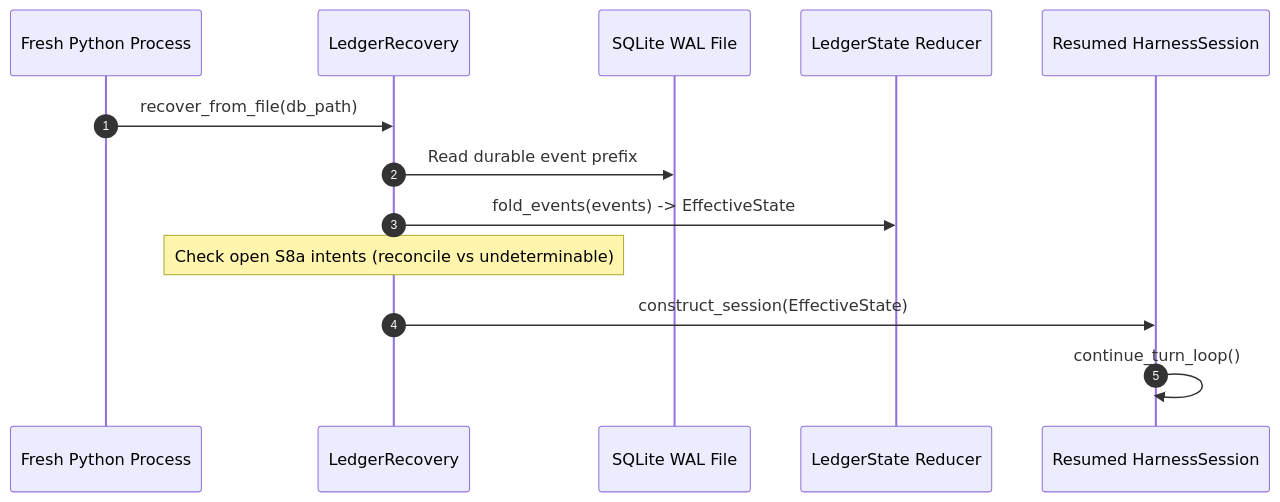
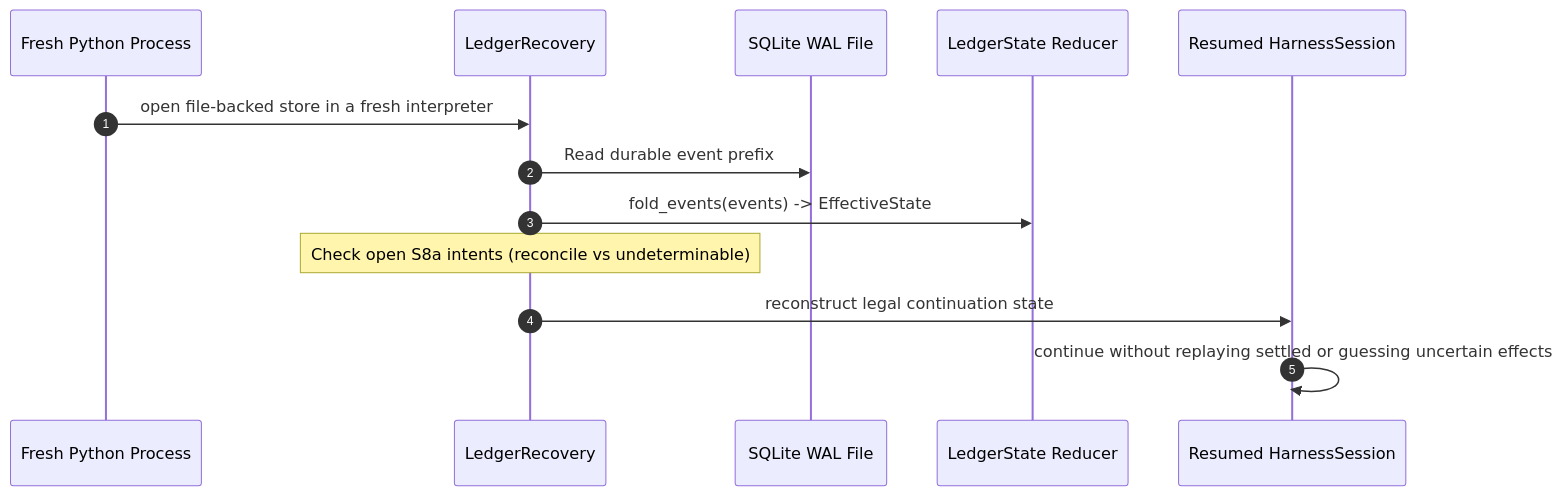
The third of 3 diagrams in docs/architecture/sequences.md (brainopensource/cognitive-framework), drawn with Mermaid before and after one commit. The commit also changed other lines of this file and 27 other files, not shown here.

````diff
--- a/docs/architecture/sequences.md
+++ b/docs/architecture/sequences.md
@@ -87,16 +88,16 @@
 ```mermaid
 sequenceDiagram
     autonumber
     participant FreshProc as Fresh Python Process
     participant Recovery as LedgerRecovery
     participant Store as SQLite WAL File
     participant Reducer as LedgerState Reducer
     participant Session as Resumed HarnessSession
 
-    FreshProc->>Recovery: recover_from_file(db_path)
+    FreshProc->>Recovery: open file-backed store in a fresh interpreter
     Recovery->>Store: Read durable event prefix
     Recovery->>Reducer: fold_events(events) -> EffectiveState
     Note over Recovery: Check open S8a intents (reconcile vs undeterminable)
-    Recovery->>Session: construct_session(EffectiveState)
-    Session->>Session: continue_turn_loop()
+    Recovery->>Session: reconstruct legal continuation state
+    Session->>Session: continue without replaying settled or guessing uncertain effects
 ```
````
